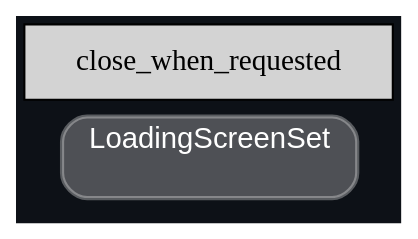
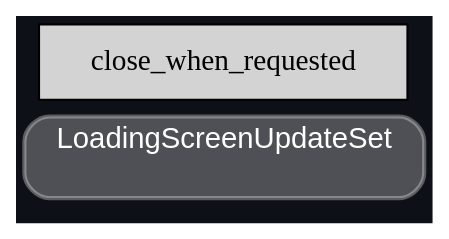
The diagram in crates/froglight-client/examples/system-graph/schedule_update.dot (EightFactorial/FrogLight), drawn with Graphviz before and after one commit. The commit also changed 22 other files, not shown here.

Commit message:
Update loading screen, add blank icon art, move to new set in Startup Formatting changes

```diff
--- a/crates/froglight-client/examples/system-graph/schedule_update.dot
+++ b/crates/froglight-client/examples/system-graph/schedule_update.dot
@@ -1,22 +1,22 @@
 digraph "" {
 	"compound"="true";
 	"splines"="spline";
 	"rankdir"="LR";
 	"bgcolor"="#0d1117";
 	"fontname"="Helvetica";
 	"nodesep"="0.15";
 	edge ["penwidth"="2"];
 	node ["shape"="box", "style"="filled"];
 	subgraph "clusternode_Set(1)" {
 		"style"="rounded,filled";
-		"label"="LoadingScreenSet";
-		"tooltip"="LoadingScreenSet";
+		"label"="LoadingScreenUpdateSet";
+		"tooltip"="LoadingScreenUpdateSet";
 		"fillcolor"="#ffffff44";
 		"fontcolor"="#ffffff";
 		"color"="#ffffff50";
 		"penwidth"="2";
 		"set_marker_node_Set(1)" ["style"="invis", "label"="", "height"="0", "shape"="point"]
 	}
 	
 	"node_System(0)" ["label"="close_when_requested", "tooltip"="bevy_window::system::close_when_requested"]
 }
```
